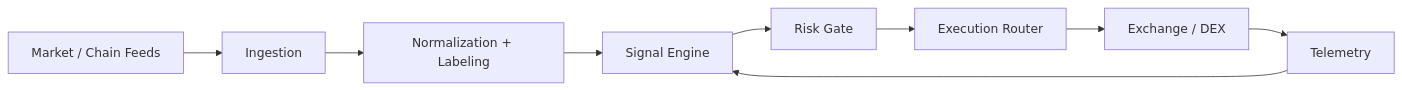
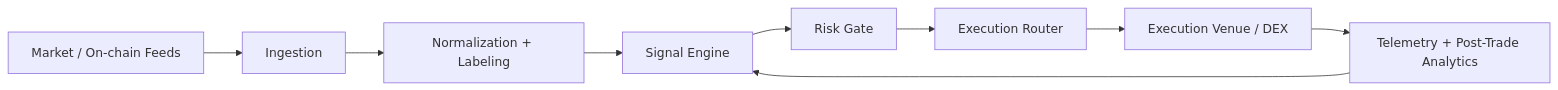
One commit to FranklinNexus/FranklinNexus changed the diagram in README.md. Above: the diagram before and after it, drawn with Mermaid. The commit also changed other lines of this file, not shown here.

Commit message:
hotfix: stabilize icons and activity rendering

````diff
--- a/README.md
+++ b/README.md
@@ -59,11 +59,11 @@
 ```mermaid
 flowchart LR
-    A[Market / Chain Feeds] --> B[Ingestion]
+    A[Market / On-chain Feeds] --> B[Ingestion]
     B --> C[Normalization + Labeling]
     C --> D[Signal Engine]
     D --> E[Risk Gate]
     E --> F[Execution Router]
-    F --> G[Exchange / DEX]
-    G --> H[Telemetry]
+    F --> G[Execution Venue / DEX]
+    G --> H[Telemetry + Post-Trade Analytics]
     H --> D
 ```
````
